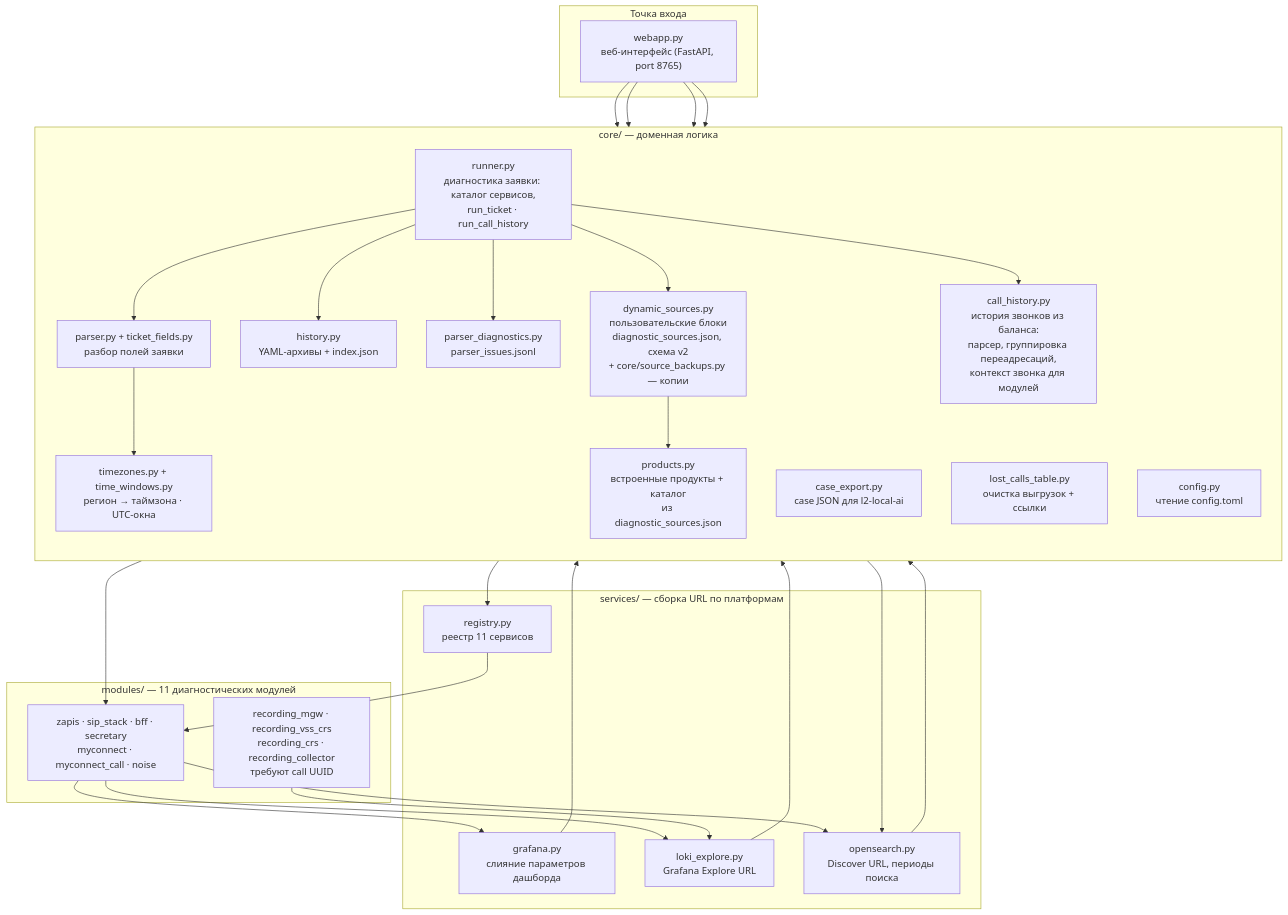
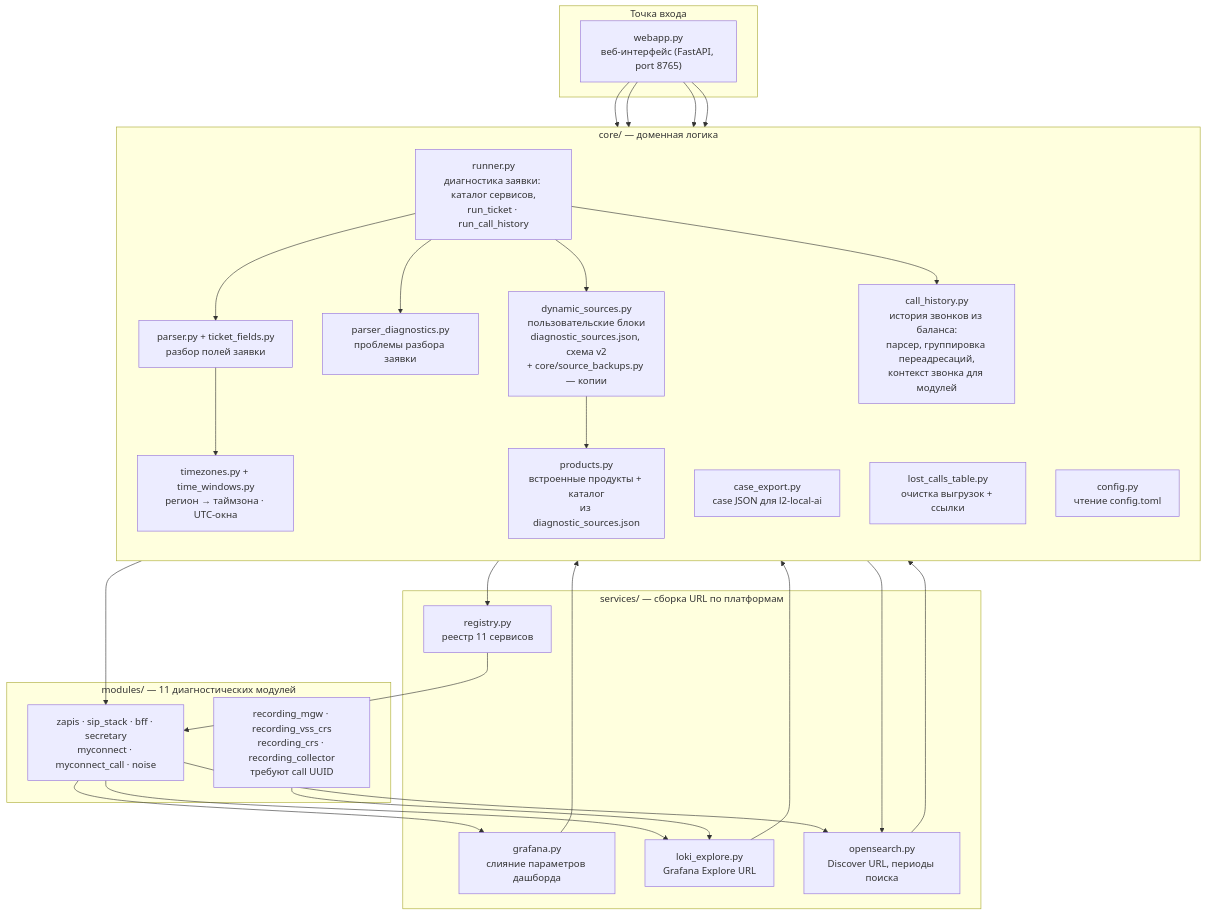
The second of 12 diagrams in docs/ARCHITECTURE.md (shifter1710/l2tool), drawn with Mermaid before and after one commit. The commit also changed other lines of this file and 26 other files, not shown here.

Commit message:
refactor: remove legacy history and simplify diagnostics

````diff
--- a/docs/ARCHITECTURE.md
+++ b/docs/ARCHITECTURE.md
@@ -50,56 +50,54 @@
 ```mermaid
 flowchart TB
     subgraph entries["Точка входа"]
         webapp["webapp.py<br/>веб-интерфейс (FastAPI, port 8765)"]
     end
 
     subgraph core["core/ — доменная логика"]
         direction TB
         runner["runner.py<br/>диагностика заявки: каталог сервисов,<br/>run_ticket · run_call_history"]
         parser["parser.py + ticket_fields.py<br/>разбор полей заявки"]
         timetz["timezones.py + time_windows.py<br/>регион → таймзона · UTC-окна"]
         products["products.py<br/>встроенные продукты + каталог<br/>из diagnostic_sources.json"]
         dynamic["dynamic_sources.py<br/>пользовательские блоки<br/>diagnostic_sources.json, схема v2<br/>+ core/source_backups.py — копии"]
-        history["history.py<br/>YAML-архивы + index.json"]
         caseexp["case_export.py<br/>case JSON для l2-local-ai"]
-        pdiag["parser_diagnostics.py<br/>parser_issues.jsonl"]
+        pdiag["parser_diagnostics.py<br/>проблемы разбора заявки"]
         lostcore["lost_calls_table.py<br/>очистка выгрузок + ссылки"]
         callhist["call_history.py<br/>история звонков из баланса:<br/>парсер, группировка переадресаций,<br/>контекст звонка для модулей"]
         config["config.py<br/>чтение config.toml"]
     end
 
     subgraph services["services/ — сборка URL по платформам"]
         registry["registry.py<br/>реестр 11 сервисов"]
         grafanaurl["grafana.py<br/>слияние параметров дашборда"]
         lokiurl["loki_explore.py<br/>Grafana Explore URL"]
         osurl["opensearch.py<br/>Discover URL, периоды поиска"]
     end
 
     subgraph modules["modules/ — 11 диагностических модулей"]
         primary["zapis · sip_stack · bff · secretary<br/>myconnect · myconnect_call · noise"]
         recording["recording_mgw · recording_vss_crs<br/>recording_crs · recording_collector<br/>требуют call UUID"]
     end
 
     webapp --> runner
     webapp --> dynamic
     webapp --> lostcore
     webapp --> caseexp
     runner --> parser
-    runner --> history
     runner --> pdiag
     runner --> dynamic
     runner --> registry
     runner --> callhist
     parser --> timetz
     dynamic --> products
     dynamic --> osurl
     registry --> primary
     primary --> grafanaurl
     primary --> lokiurl
     primary --> osurl
     recording --> lokiurl
     lokiurl --> config
     osurl --> config
     grafanaurl --> config
     lostcore --> primary
 ```
````
